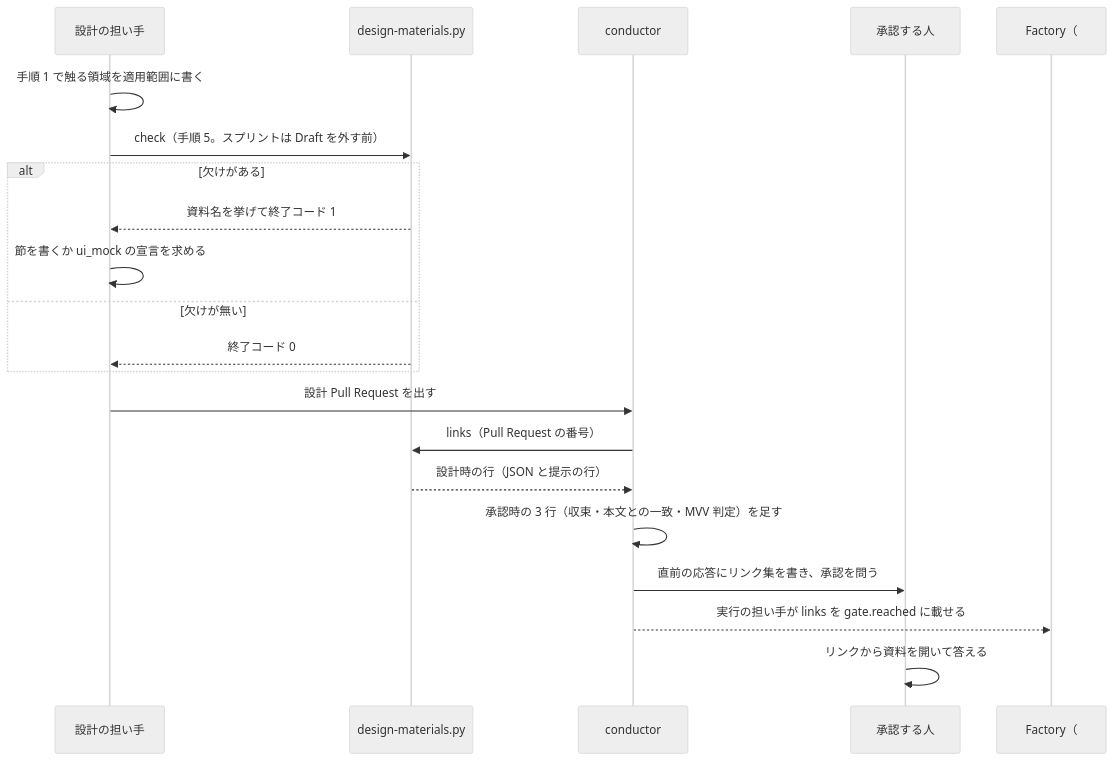
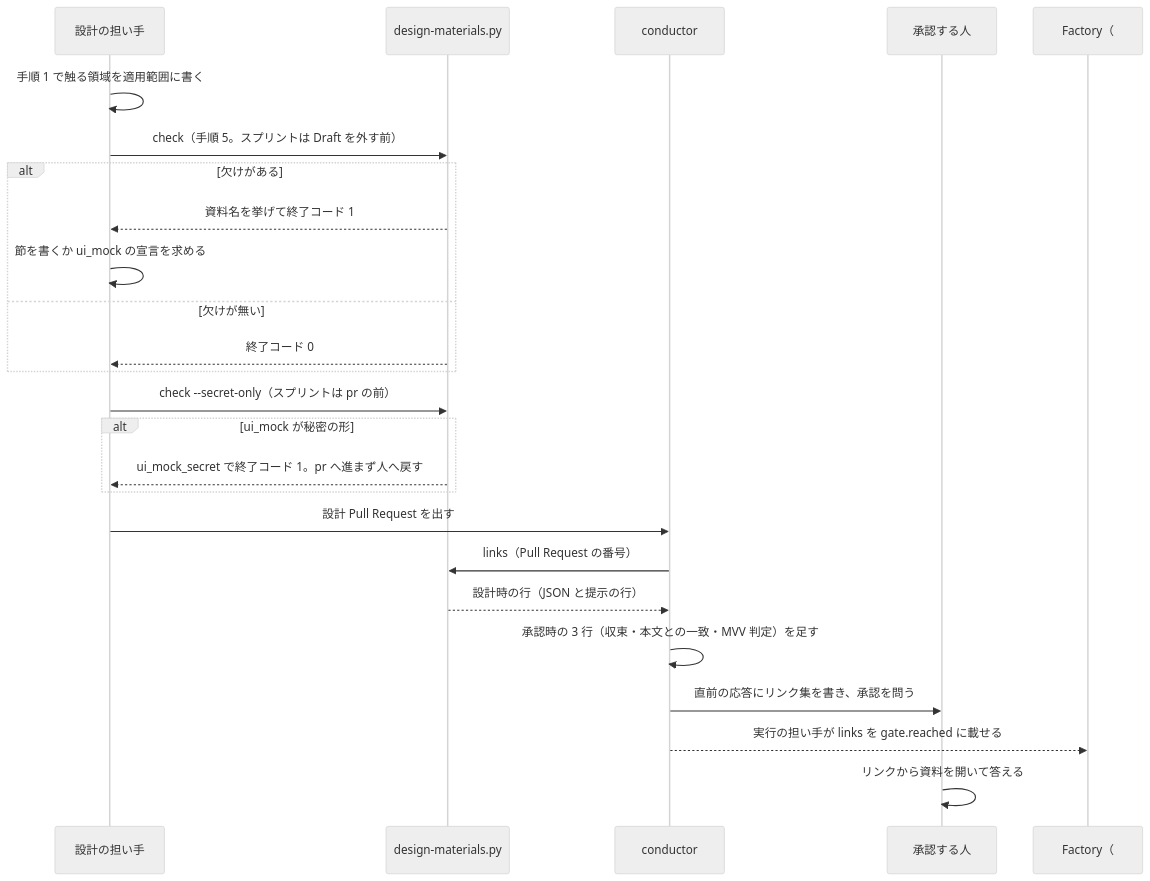
One commit to devbasex/ai-plugins changed the fourth of 4 diagrams in issues/issue-2721-design.md. Above: the diagram before and after it, drawn with Mermaid (neutral theme). The commit also changed other lines of this file, not shown here.

First line of the commit message:
Docs: #2721 の設計で ui_mock の秘密の判定を設計 Pull Request を出す前に置く

````diff
--- a/issues/issue-2721-design.md
+++ b/issues/issue-2721-design.md
@@ -354,23 +355,27 @@
 ```mermaid
 sequenceDiagram
   participant D as 設計の担い手
   participant M as design-materials.py
   participant C as conductor
   participant H as 承認する人
   participant F as Factory（#2815）
   D->>D: 手順 1 で触る領域を適用範囲に書く
   D->>M: check（手順 5。スプリントは Draft を外す前）
   alt 欠けがある
     M-->>D: 資料名を挙げて終了コード 1
     D->>D: 節を書くか ui_mock の宣言を求める
   else 欠けが無い
     M-->>D: 終了コード 0
   end
+  D->>M: check --secret-only（スプリントは pr の前）
+  alt ui_mock が秘密の形
+    M-->>D: ui_mock_secret で終了コード 1。pr へ進まず人へ戻す
+  end
   D->>C: 設計 Pull Request を出す
   C->>M: links（Pull Request の番号）
   M-->>C: 設計時の行（JSON と提示の行）
   C->>C: 承認時の 3 行（収束・本文との一致・MVV 判定）を足す
   C->>H: 直前の応答にリンク集を書き、承認を問う
   C-->>F: 実行の担い手が links を gate.reached に載せる
   H->>H: リンクから資料を開いて答える
 ```
````
